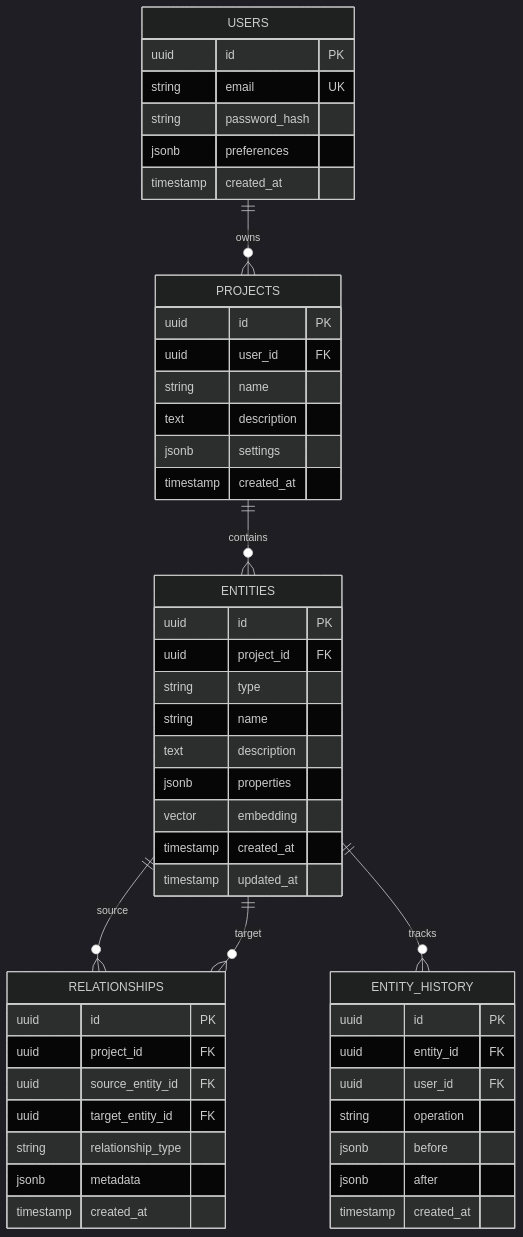
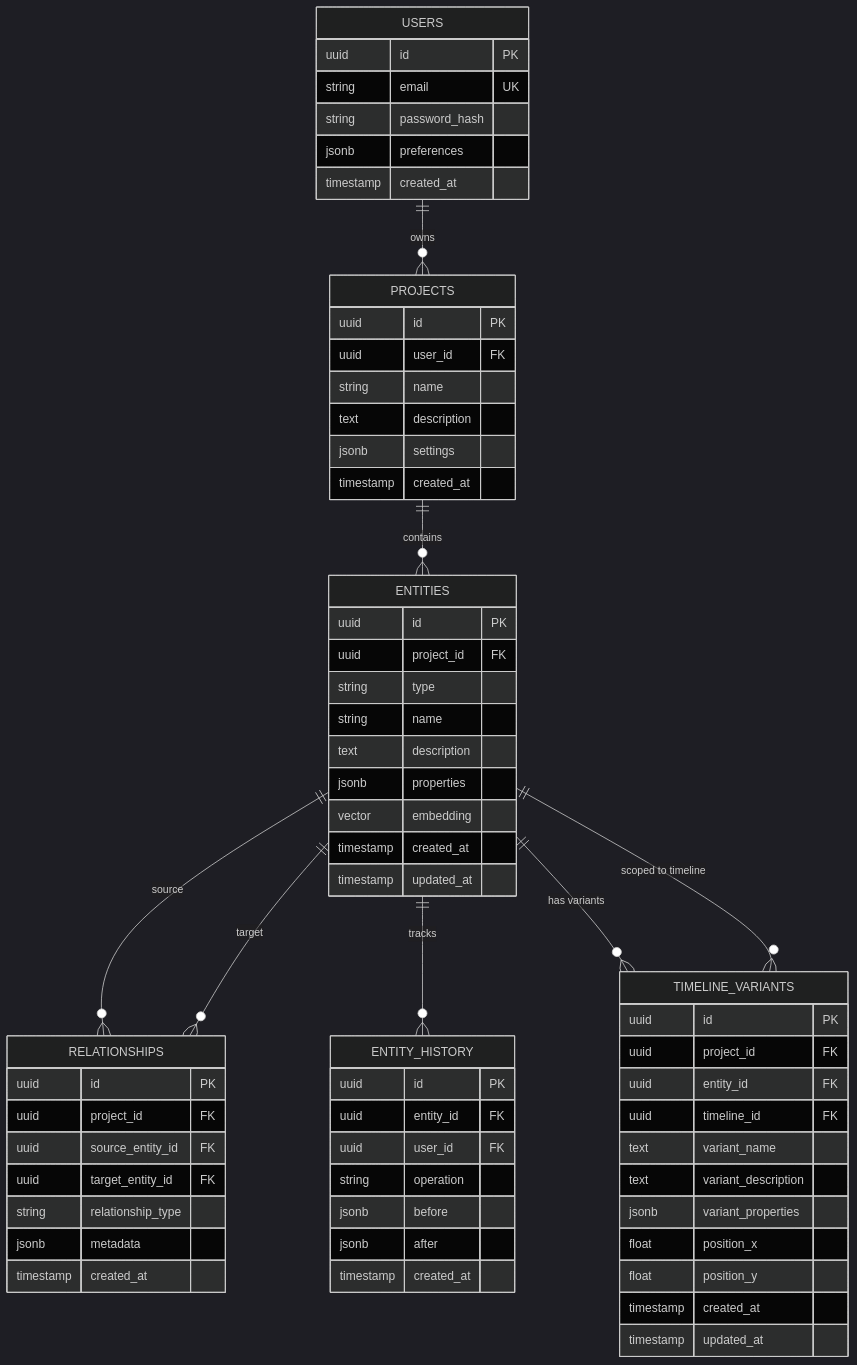
The sixth of 11 diagrams in docs/architecture.md (hessam/Chronos), drawn with Mermaid (dark theme) before and after one commit. The commit also changed 3 other files, not shown here.

First line of the commit message:
ADR-001: Timeline Variants — per-timeline entity overrides

````diff
--- a/docs/architecture.md
+++ b/docs/architecture.md
@@ -444,57 +444,73 @@
 ```mermaid
 erDiagram
     USERS ||--o{ PROJECTS : owns
     PROJECTS ||--o{ ENTITIES : contains
     ENTITIES ||--o{ RELATIONSHIPS : source
     ENTITIES ||--o{ RELATIONSHIPS : target
     ENTITIES ||--o{ ENTITY_HISTORY : tracks
+    ENTITIES ||--o{ TIMELINE_VARIANTS : "has variants"
+    ENTITIES ||--o{ TIMELINE_VARIANTS : "scoped to timeline"
     
     USERS {
         uuid id PK
         string email UK
         string password_hash
         jsonb preferences
         timestamp created_at
     }
     
     PROJECTS {
         uuid id PK
         uuid user_id FK
         string name
         text description
         jsonb settings
         timestamp created_at
     }
     
     ENTITIES {
         uuid id PK
         uuid project_id FK
         string type
         string name
         text description
         jsonb properties
         vector embedding
         timestamp created_at
         timestamp updated_at
     }
     
     RELATIONSHIPS {
         uuid id PK
         uuid project_id FK
         uuid source_entity_id FK
         uuid target_entity_id FK
         string relationship_type
         jsonb metadata
         timestamp created_at
     }
     
     ENTITY_HISTORY {
         uuid id PK
         uuid entity_id FK
         uuid user_id FK
         string operation
         jsonb before
         jsonb after
         timestamp created_at
     }
+
+    TIMELINE_VARIANTS {
+        uuid id PK
+        uuid project_id FK
+        uuid entity_id FK
+        uuid timeline_id FK
+        text variant_name
+        text variant_description
+        jsonb variant_properties
+        float position_x
+        float position_y
+        timestamp created_at
+        timestamp updated_at
+    }
 ```
````
